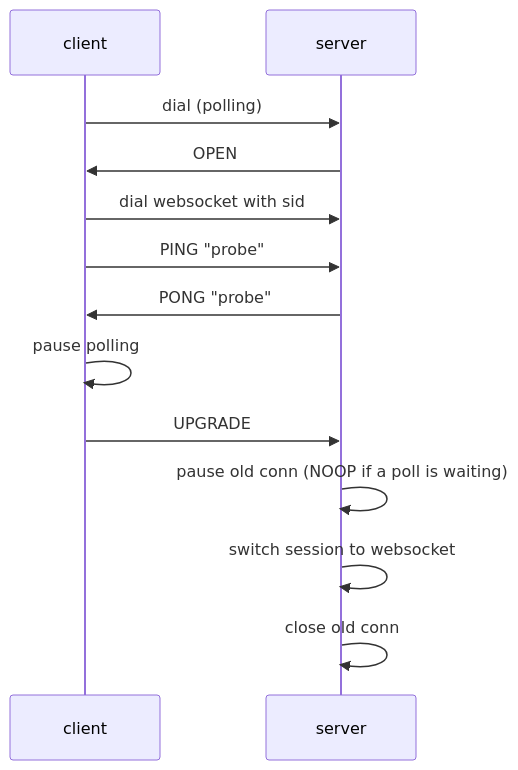
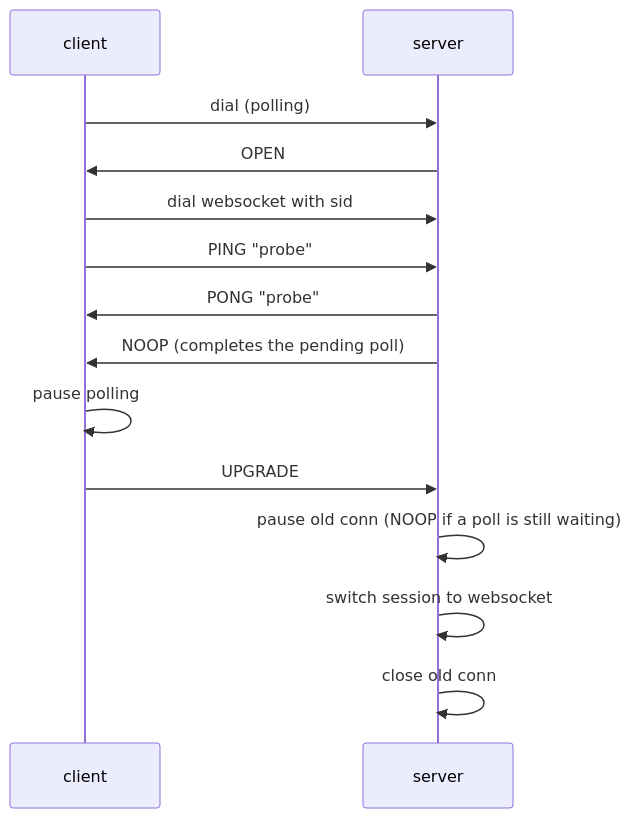
One commit to sshaplygin/go-socket.io changed the diagram in docs/V2_PROTOCOL.md. Above: the diagram before and after it, drawn with Mermaid. The commit also changed other lines of this file and 1 other file, not shown here.

````diff
--- a/docs/V2_PROTOCOL.md
+++ b/docs/V2_PROTOCOL.md
@@ -65,13 +65,14 @@
 ```mermaid
 sequenceDiagram
 client->>server: dial (polling)
 server->>client: OPEN
 client->>server: dial websocket with sid
 client->>server: PING "probe"
 server->>client: PONG "probe"
+server->>client: NOOP (completes the pending poll)
 client->>client: pause polling
 client->>server: UPGRADE
-server->>server: pause old conn (NOOP if a poll is waiting)
+server->>server: pause old conn (NOOP if a poll is still waiting)
 server->>server: switch session to websocket
 server->>server: close old conn
 ```
````
